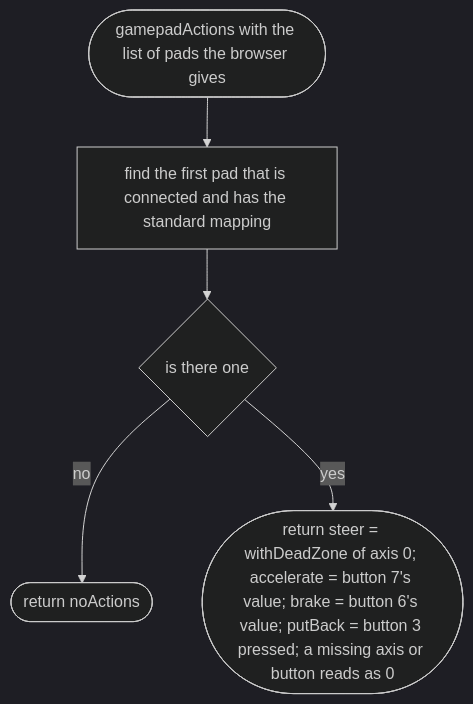
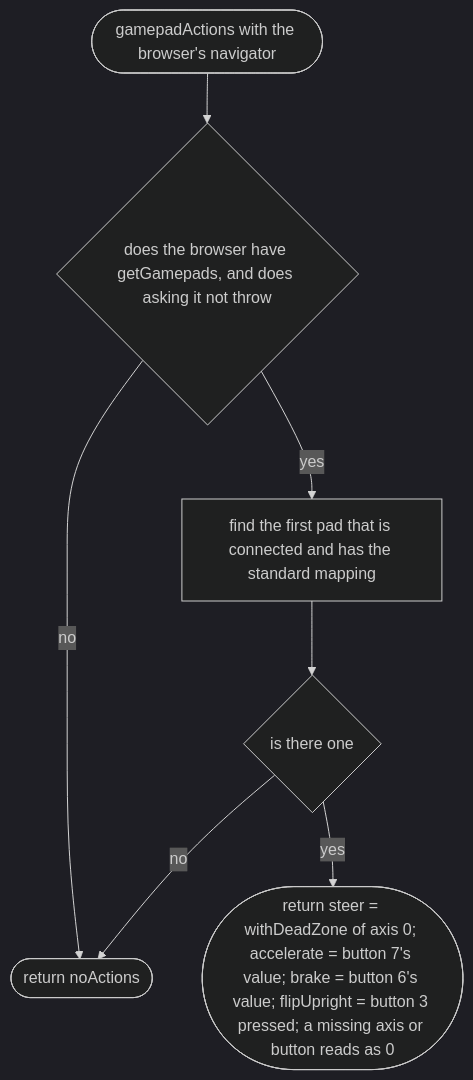
Before and after one commit to NewDara-Star/world-engine: the second of 2 diagrams in docs/designs/src/controls/gamepad.md, drawn with Mermaid (dark theme). The commit also changed other lines of this file and 41 other files, not shown here.

````diff
--- a/docs/designs/src/controls/gamepad.md
+++ b/docs/designs/src/controls/gamepad.md
@@ -32,11 +32,14 @@
 ```mermaid
 flowchart TD
-  s(["gamepadActions with the list of pads the browser gives"])
+  s(["gamepadActions with the browser's navigator"])
+  z{"does the browser have getGamepads, and does asking it not throw"}
   a["find the first pad that is connected and has the standard mapping"]
   b{"is there one"}
   c(["return noActions"])
-  d(["return steer = withDeadZone of axis 0; accelerate = button 7's value; brake = button 6's value; putBack = button 3 pressed; a missing axis or button reads as 0"])
-  s --> a --> b
+  d(["return steer = withDeadZone of axis 0; accelerate = button 7's value; brake = button 6's value; flipUpright = button 3 pressed; a missing axis or button reads as 0"])
+  s --> z
+  z -->|"no"| c
+  z -->|"yes"| a --> b
   b -->|"no"| c
   b -->|"yes"| d
 ```
````
